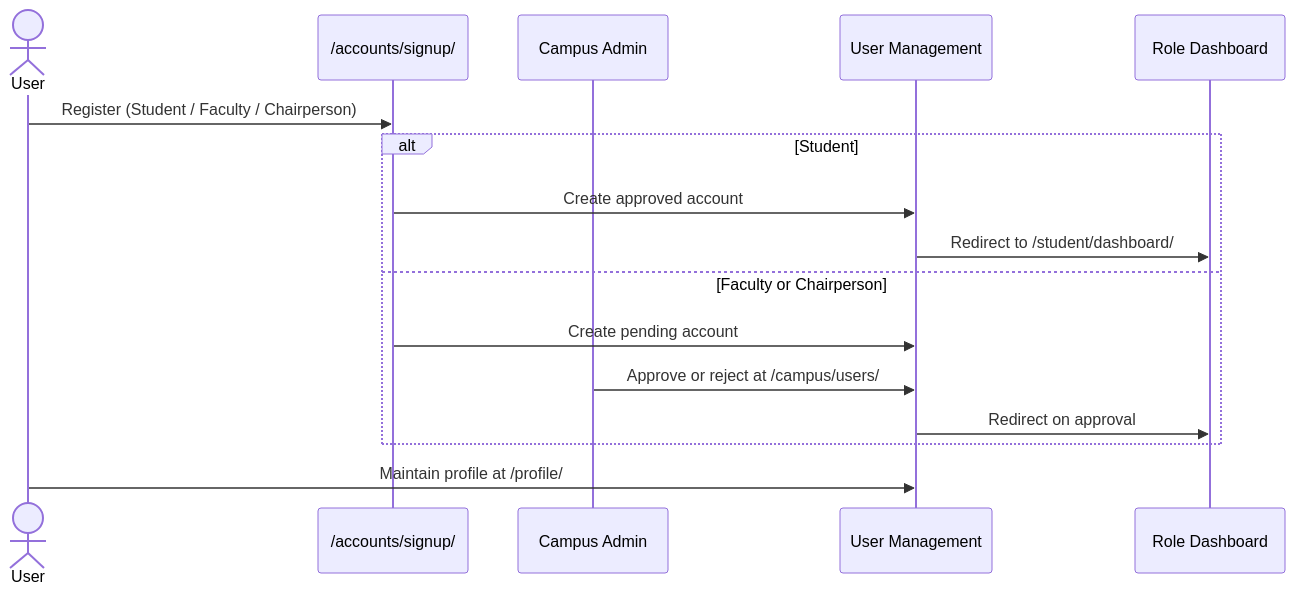
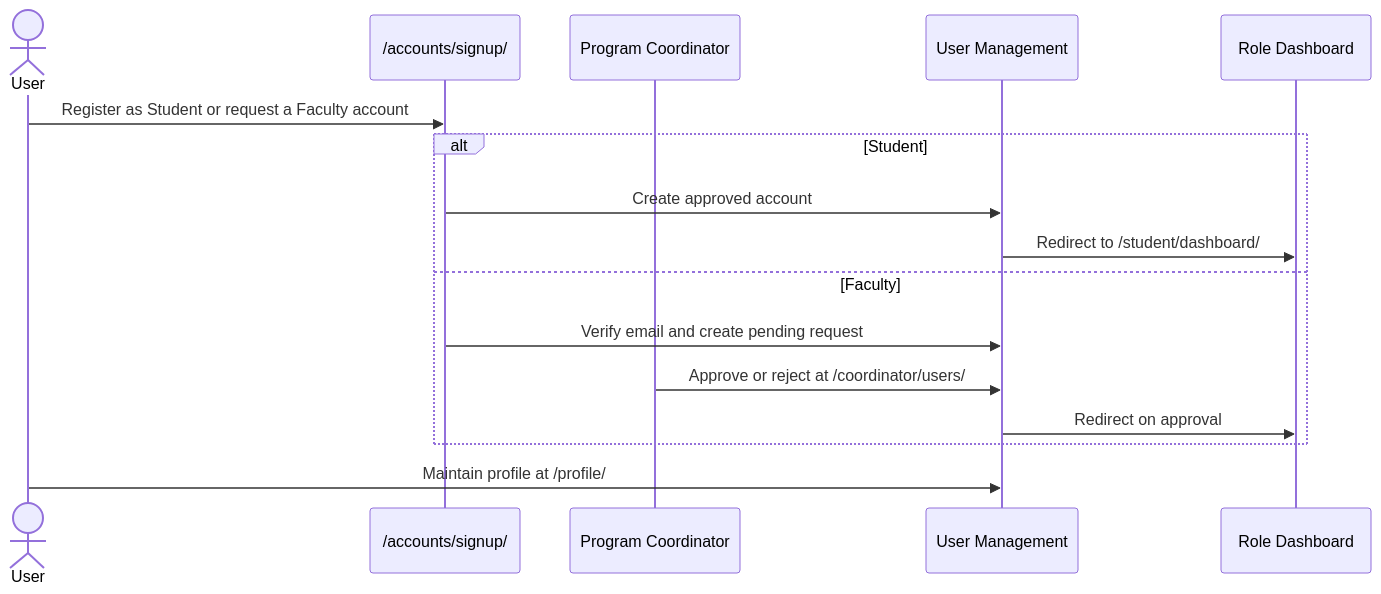
The third of 8 diagrams in docs/system-flow.md (RusselJae/ExamiQ-), drawn with Mermaid before and after one commit. The commit also changed other lines of this file and 160 other files, not shown here.

````diff
--- a/docs/system-flow.md
+++ b/docs/system-flow.md
@@ -101,19 +100,19 @@
 ```mermaid
 sequenceDiagram
     actor User
     participant Signup as /accounts/signup/
-    participant Admin as Campus Admin
+    participant Coordinator as Program Coordinator
     participant Auth as User Management
     participant Dashboard as Role Dashboard
 
-    User->>Signup: Register (Student / Faculty / Chairperson)
+    User->>Signup: Register as Student or request a Faculty account
     alt Student
         Signup->>Auth: Create approved account
         Auth->>Dashboard: Redirect to /student/dashboard/
-    else Faculty or Chairperson
-        Signup->>Auth: Create pending account
-        Admin->>Auth: Approve or reject at /campus/users/
+    else Faculty
+        Signup->>Auth: Verify email and create pending request
+        Coordinator->>Auth: Approve or reject at /coordinator/users/
         Auth->>Dashboard: Redirect on approval
     end
     User->>Auth: Maintain profile at /profile/
 ```
````
